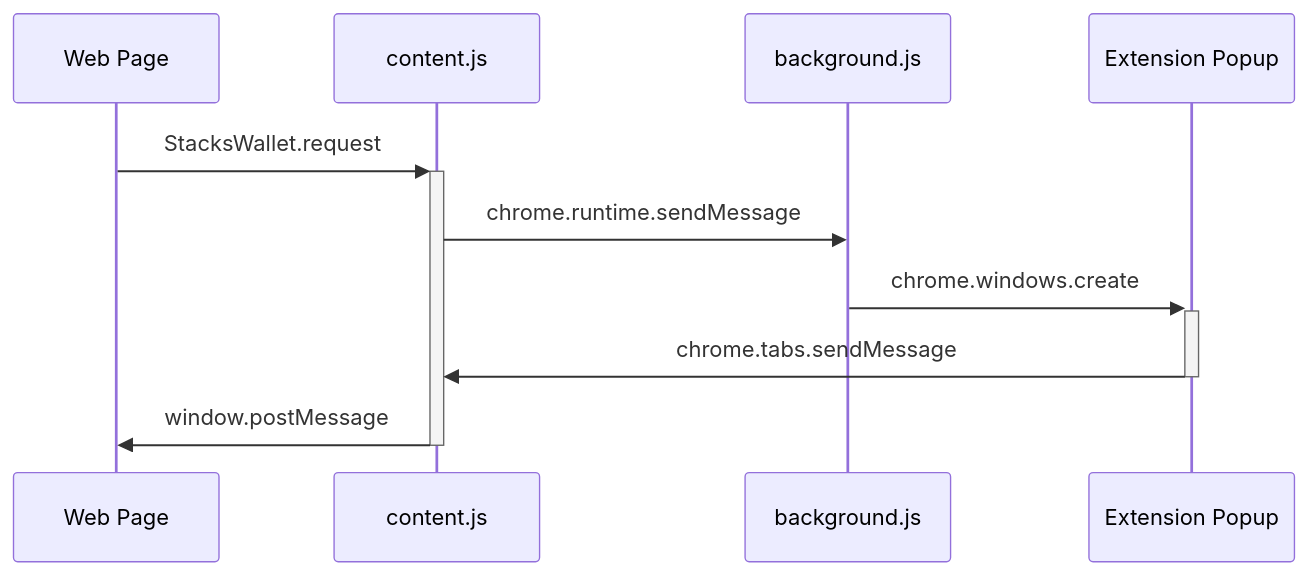
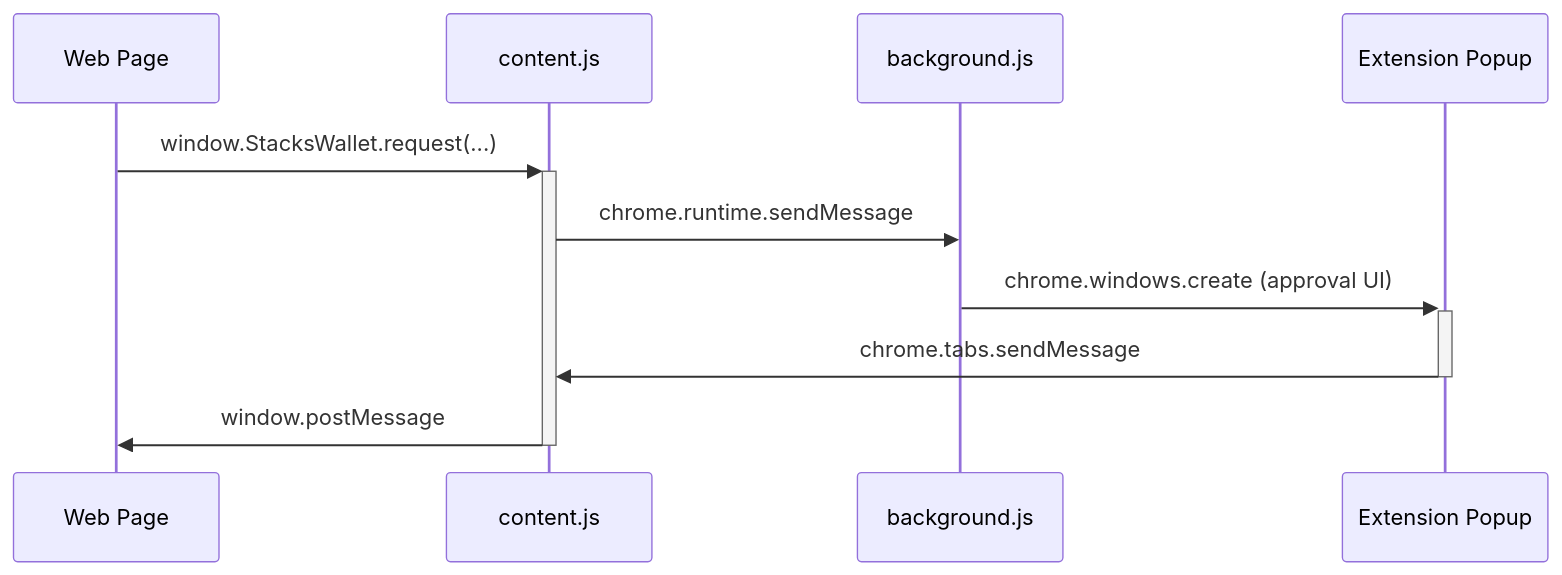
One commit to akawolfcito/stack-sats changed the diagram in README.md. Above: the diagram before and after it, drawn with Mermaid. The commit also changed other lines of this file and 2 other files, not shown here.

First line of the commit message:
docs: describe the wallet this repository actually ships

````diff
--- a/README.md
+++ b/README.md
@@ -110,12 +104,12 @@
 ```mermaid
 sequenceDiagram
   participant w as Web Page
   participant c as content.js
   participant b as background.js
   participant p as Extension Popup
-  w->>+c: StacksWallet.request
+  w->>+c: window.StacksWallet.request(...)
   c->>b: chrome.runtime.sendMessage
-  b->>+p: chrome.windows.create
+  b->>+p: chrome.windows.create (approval UI)
   p->>-c: chrome.tabs.sendMessage
   c->>-w: window.postMessage
 ```
````
